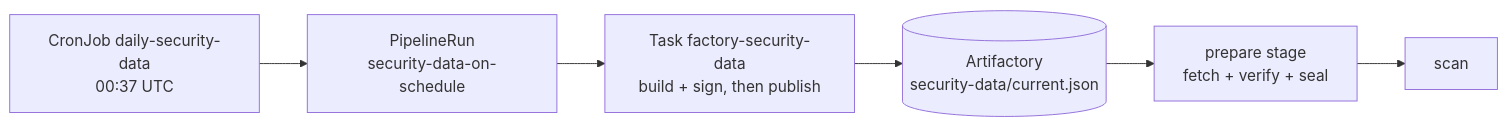
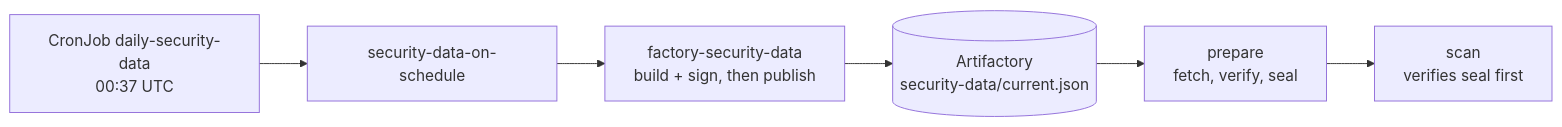
One commit to shamuraix/image-hardening-factory-starter changed the third of 6 diagrams in docs/architecture.md. Above: the diagram before and after it, drawn with Mermaid. The commit also changed other lines of this file and 1 other file, not shown here.

Commit message:
Docs: rewrite architecture and agents with diagrams and tables

````diff
--- a/docs/architecture.md
+++ b/docs/architecture.md
@@ -110,8 +112,8 @@
 ```mermaid
 flowchart LR
-    cron[CronJob daily-security-data<br/>00:37 UTC] --> run[PipelineRun<br/>security-data-on-schedule]
-    run --> task[Task factory-security-data<br/>build + sign, then publish]
+    cron[CronJob daily-security-data<br/>00:37 UTC] --> run[security-data-on-schedule]
+    run --> task[factory-security-data<br/>build + sign, then publish]
     task --> art[(Artifactory<br/>security-data/current.json)]
-    art --> prepare[prepare stage<br/>fetch + verify + seal]
-    prepare --> scan[scan]
+    art --> prepare[prepare<br/>fetch, verify, seal]
+    prepare --> scan[scan<br/>verifies seal first]
 ```
````
